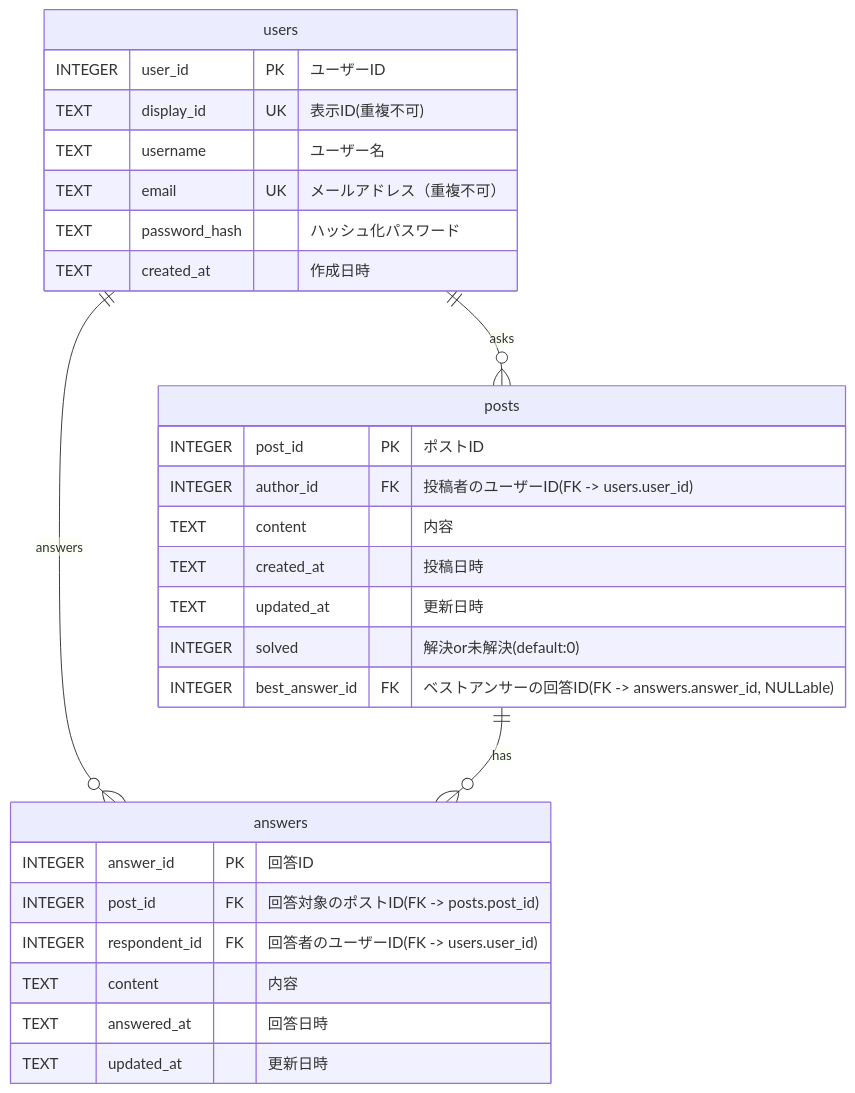
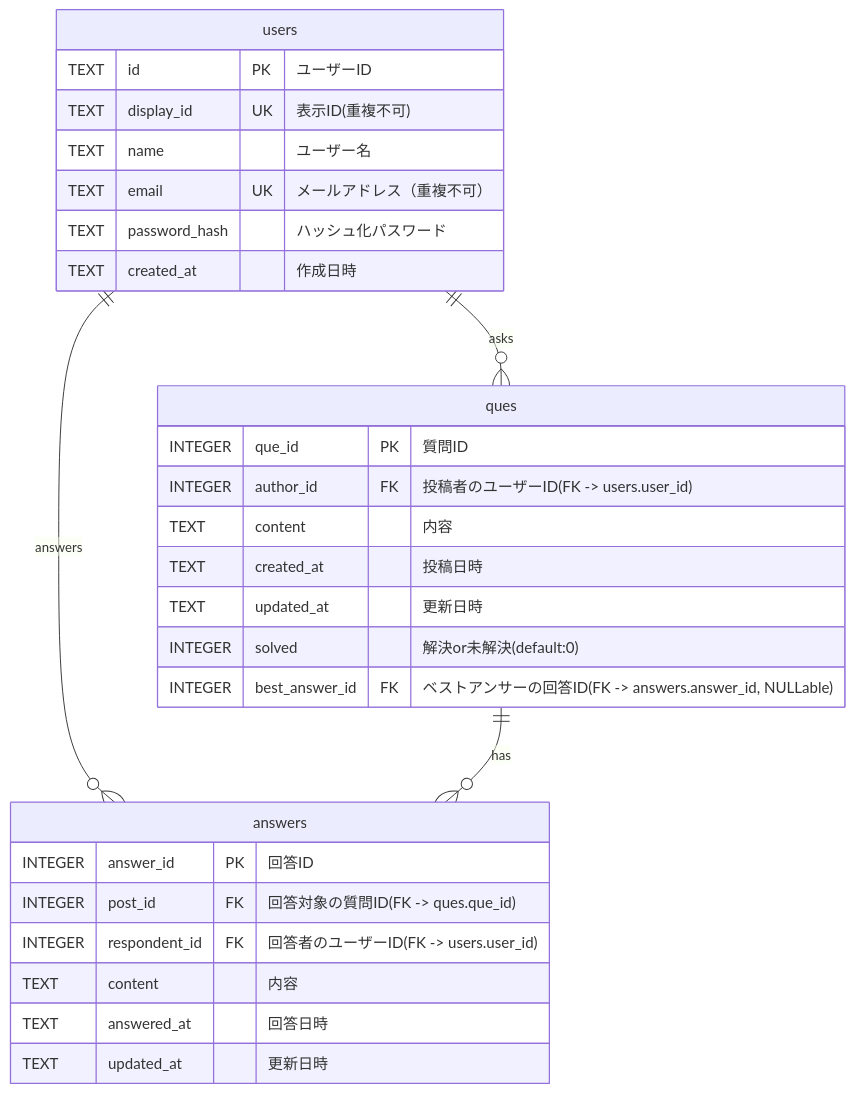
One commit to saitamau-maximum/maxi-q changed the diagram in docs/DB.md. Above: the diagram before and after it, drawn with Mermaid.

Commit message:
docs:docs/DB.mdを修正

````diff
--- a/docs/DB.md
+++ b/docs/DB.md
@@ -1,36 +1,36 @@
 ```mermaid
 erDiagram
 
 users {
-        INTEGER user_id PK "ユーザーID "
+        TEXT id PK "ユーザーID "
         TEXT display_id UK "表示ID(重複不可)"
-        TEXT username "ユーザー名"
+        TEXT name "ユーザー名"
         TEXT email UK "メールアドレス（重複不可）"
         TEXT password_hash "ハッシュ化パスワード"
         TEXT created_at "作成日時"
     }
 
-posts {
-    INTEGER post_id PK "ポストID"
+ques {
+    INTEGER que_id PK "質問ID"
     INTEGER author_id FK "投稿者のユーザーID(FK -> users.user_id)"
     TEXT content "内容"
     TEXT created_at "投稿日時"
     TEXT updated_at "更新日時"
     INTEGER solved "解決or未解決(default:0)"
     INTEGER best_answer_id FK "ベストアンサーの回答ID(FK -> answers.answer_id, NULLable)" 
 
 }
 
 answers {
     INTEGER answer_id PK "回答ID"
-    INTEGER post_id FK "回答対象のポストID(FK -> posts.post_id)"
+    INTEGER post_id FK "回答対象の質問ID(FK -> ques.que_id)"
     INTEGER respondent_id FK "回答者のユーザーID(FK -> users.user_id)"
     TEXT content "内容"
     TEXT answered_at "回答日時"
     TEXT updated_at "更新日時"
 }
 
-users ||--o{ posts : "asks"
+users ||--o{ ques : "asks"
 users ||--o{ answers : "answers"
-posts ||--o{ answers : "has"
+ques ||--o{ answers : "has"
 ```
````
